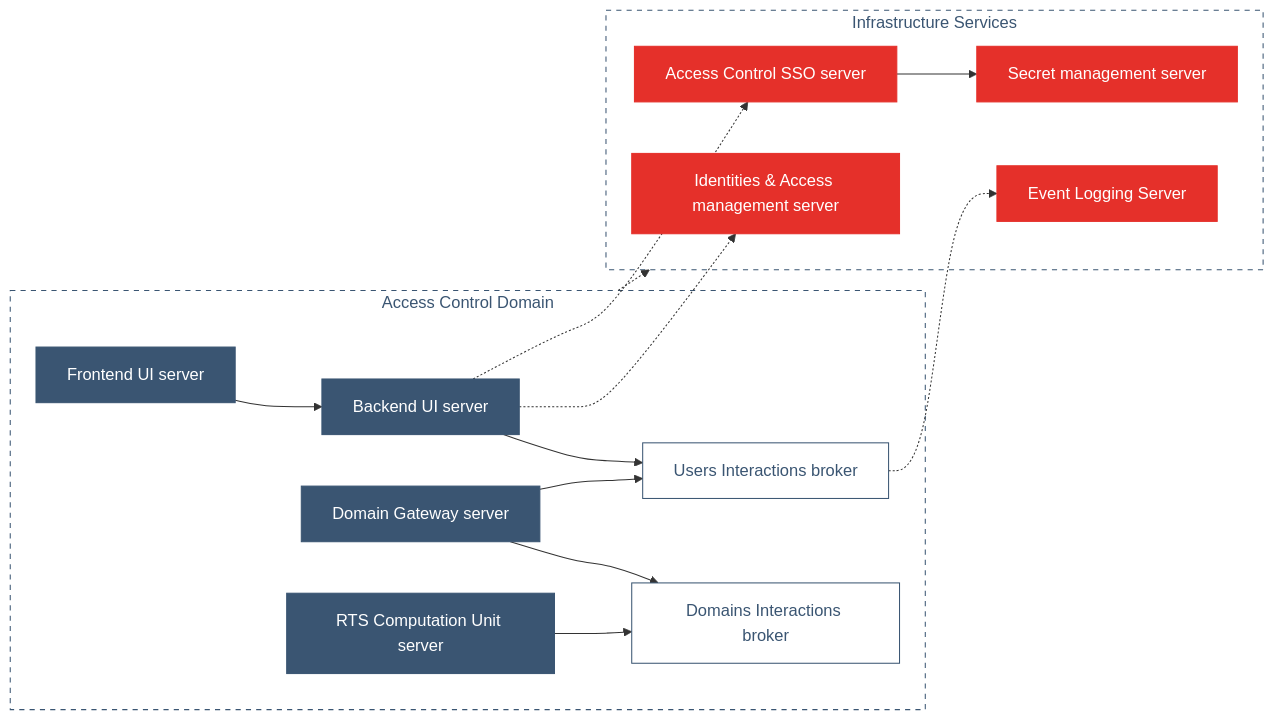
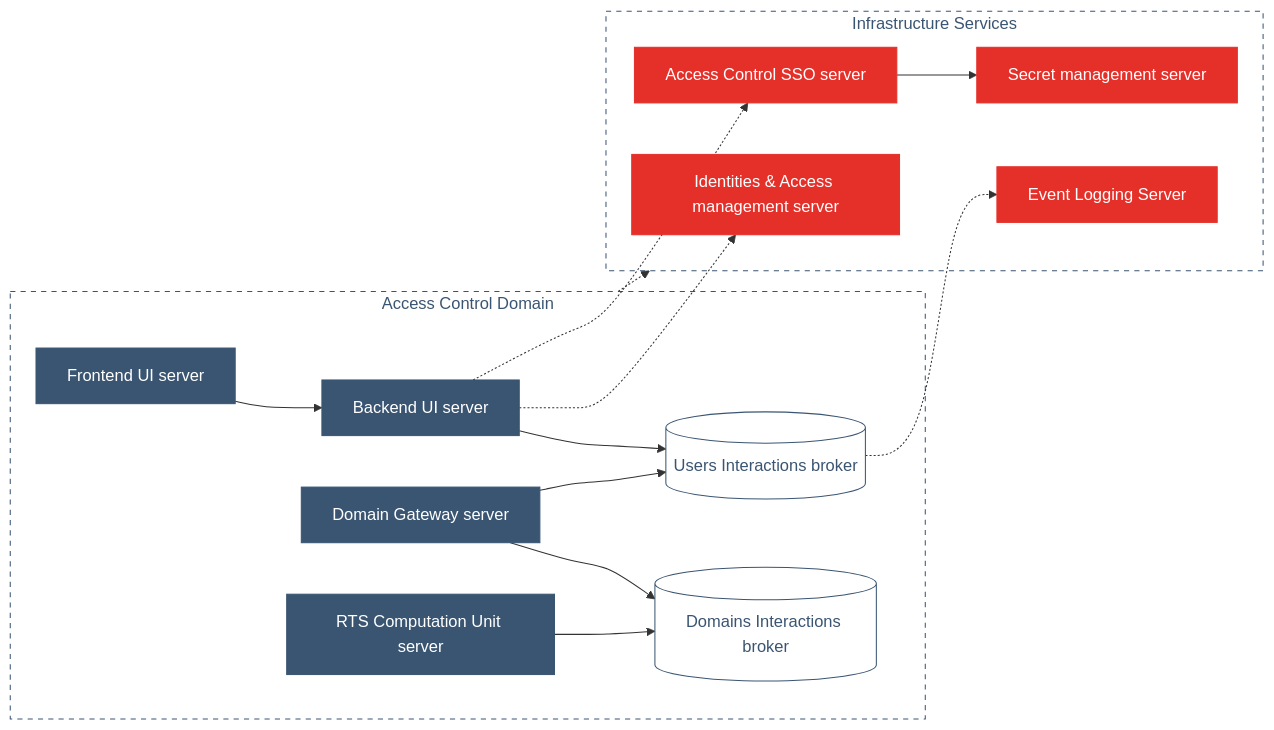
One commit to cybnity/foundation changed the diagram in prototypes-line/techstack/v0/README.md. Above: the diagram before and after it, drawn with Mermaid.

````diff
--- a/prototypes-line/techstack/v0/README.md
+++ b/prototypes-line/techstack/v0/README.md
@@ -62,24 +62,24 @@
 ```mermaid
 flowchart LR
     subgraph domain[Access Control Domain]
         frontui[Frontend UI server]:::system --> backend[Backend UI server]:::system;
-        backend --> uispace[Users Interactions broker]:::techcomp;
-        gateway[Domain Gateway server]:::system --> domainspace[Domains Interactions broker]:::techcomp;
+        backend --> uispace[(Users Interactions broker)]:::techcomp;
+        gateway[Domain Gateway server]:::system --> domainspace[(Domains Interactions broker)]:::techcomp;
         rtscomput[RTS Computation Unit server]:::system --> domainspace;
     end
     subgraph infrastructure[Infrastructure Services]
         sso[Access Control SSO server]:::techsys --> secret[Secret management server]:::techsys;
         idm[Identities & Access management server]:::techsys;
         logging[Event Logging Server]:::techsys;
     end
     backend -.-> idm;
     backend -.-> sso;
     uispace -.-> logging;
     gateway --> uispace;
     domain:::area -.-> infrastructure:::area;
     
 	classDef system fill:#3a5572,stroke:#3a5572,color:#fff;
 	classDef techcomp fill:#fff,stroke:#3a5572,color:#3a5572;
 	classDef techsys fill:#e5302a,stroke:#e5302a,color:#fff;
 	classDef area fill:#fff,stroke:#3a5572,color:#3a5572,stroke-width:1px,stroke-dasharray: 5 5;
 ```
````
